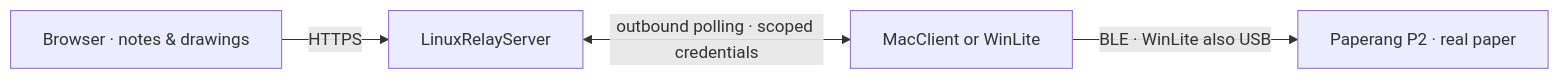
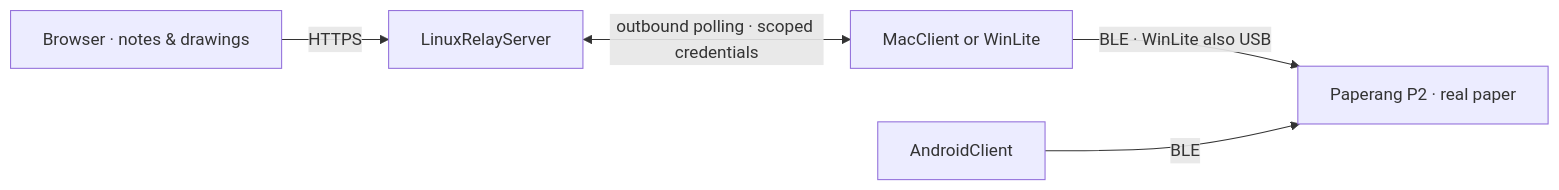
The diagram in README.md (ELT17604/Paperang-Studio), drawn with Mermaid before and after one commit. The commit also changed other lines of this file and 56 other files, not shown here.

Commit message:
Add AndroidClient printing workspace and P2 BLE support

````diff
--- a/README.md
+++ b/README.md
@@ -34,6 +35,7 @@
 ```mermaid
 flowchart LR
     Browser["Browser · notes & drawings"] -->|HTTPS| Relay["LinuxRelayServer"]
     Relay <-->|"outbound polling · scoped credentials"| Receiver["MacClient or WinLite"]
     Receiver -->|"BLE · WinLite also USB"| P2["Paperang P2 · real paper"]
+    Android["AndroidClient"] -->|BLE| P2
 ```
````
